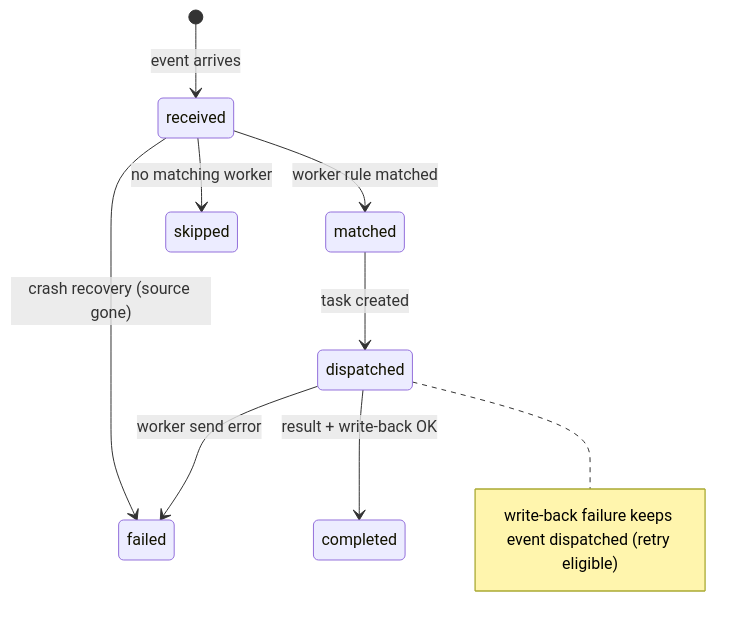
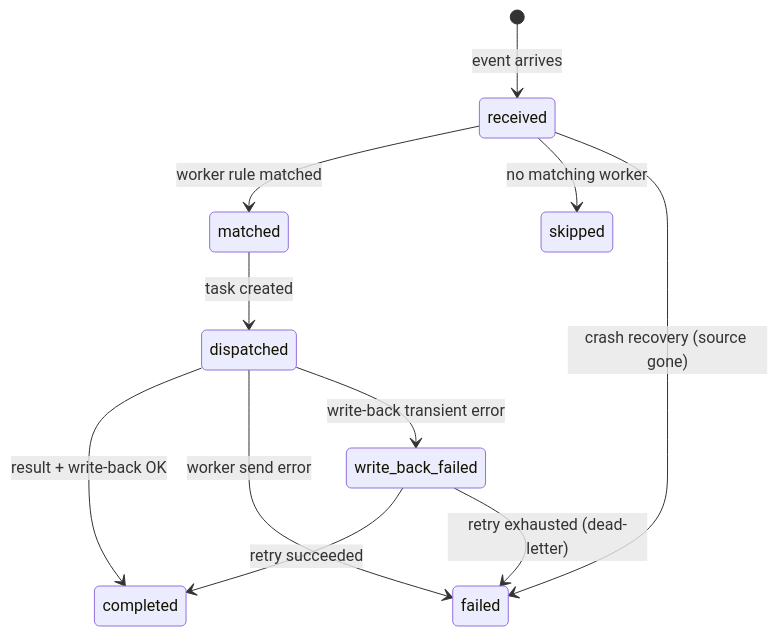
Before and after one commit to xiaolai/mecha.im: the second of 2 diagrams in website/guide/events.md, drawn with Mermaid. The commit also changed other lines of this file and 13 other files, not shown here.

````diff
--- a/website/guide/events.md
+++ b/website/guide/events.md
@@ -209,11 +209,13 @@
 ```mermaid
 stateDiagram-v2
     [*] --> received : event arrives
     received --> matched : worker rule matched
     received --> skipped : no matching worker
     received --> failed : crash recovery (source gone)
     matched --> dispatched : task created
     dispatched --> completed : result + write-back OK
     dispatched --> failed : worker send error
-    note right of dispatched : write-back failure keeps event dispatched (retry eligible)
+    dispatched --> write_back_failed : write-back transient error
+    write_back_failed --> completed : retry succeeded
+    write_back_failed --> failed : retry exhausted (dead-letter)
 ```
````
